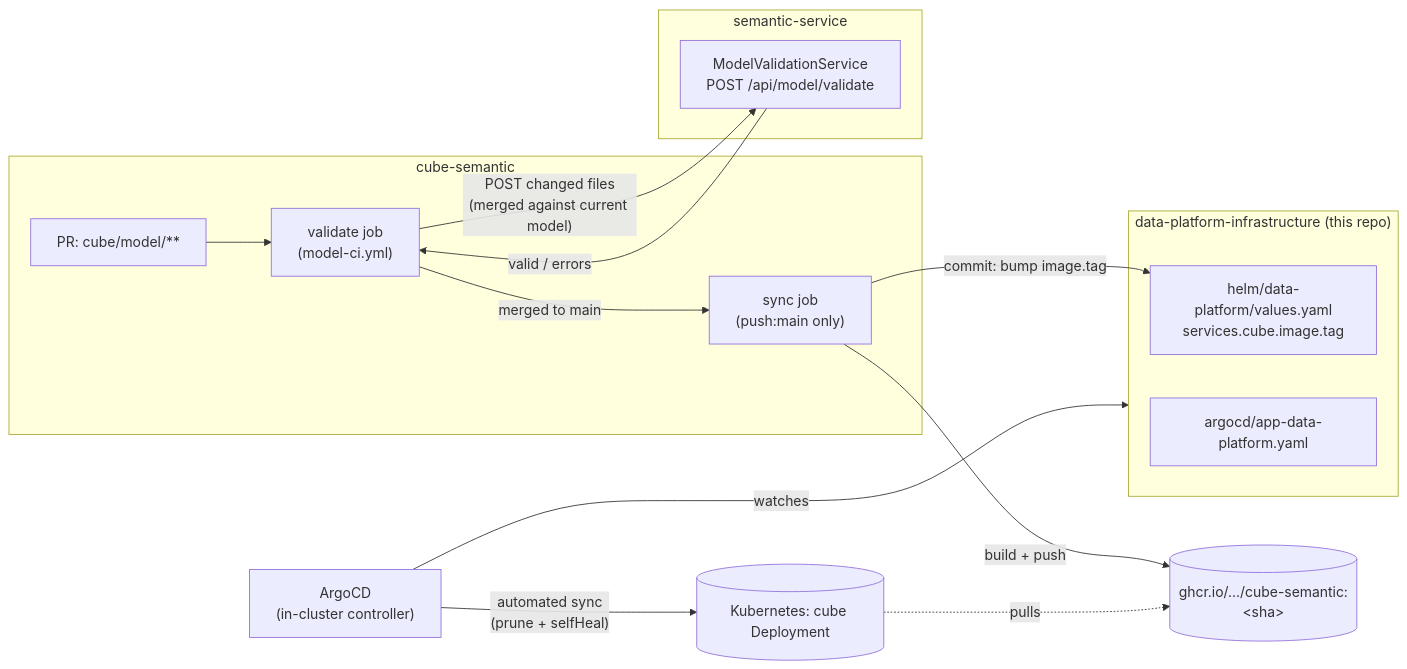
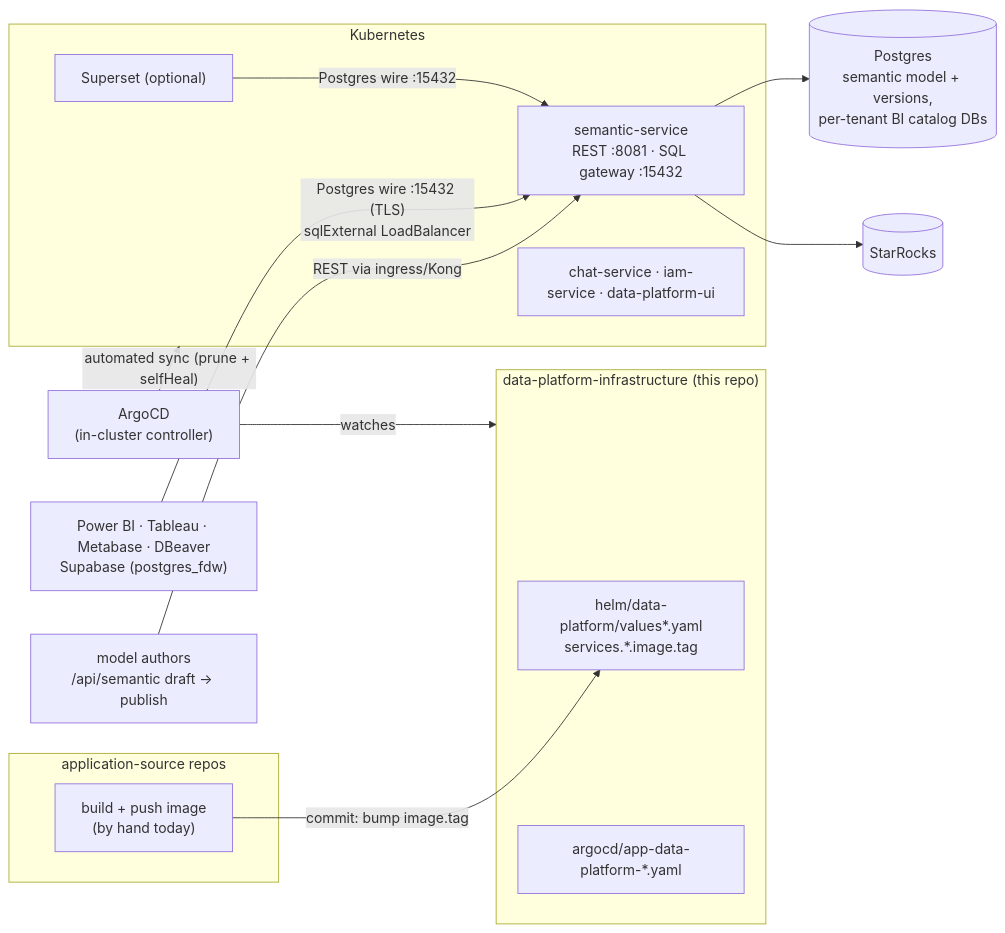
One commit to TuanPhanDuy/data-platform-infrastructure changed the diagram in docs/HLD.md. Above: the diagram before and after it, drawn with Mermaid. The commit also changed other lines of this file and 17 other files, not shown here.

First line of the commit message:
Gateway: X-Idp-Sub hand-off, per-service routes, IAM_INTERNAL_TOKEN and iam NetworkPolicy

````diff
--- a/docs/HLD.md
+++ b/docs/HLD.md
@@ -34,32 +35,33 @@
 ```mermaid
 flowchart LR
-  subgraph CSD["cube-semantic"]
-    PR["PR: cube/model/**"]
-    VALIDATE["validate job<br/>(model-ci.yml)"]
-    SYNC["sync job<br/>(push:main only)"]
-    PR --> VALIDATE
-    VALIDATE -->|merged to main| SYNC
+  subgraph APPS["application-source repos"]
+    IMG["build + push image<br/>(by hand today)"]
   end
 
-  subgraph SEM["semantic-service"]
-    MVS["ModelValidationService<br/>POST /api/model/validate"]
-  end
-
-  GHCR[("ghcr.io/.../cube-semantic:&lt;sha&gt;")]
-
   subgraph INFRA["data-platform-infrastructure (this repo)"]
-    VALUES["helm/data-platform/values.yaml<br/>services.cube.image.tag"]
-    ARGOAPP["argocd/app-data-platform.yaml"]
+    VALUES["helm/data-platform/values*.yaml<br/>services.*.image.tag"]
+    ARGOAPP["argocd/app-data-platform-*.yaml"]
   end
 
   ARGOCD["ArgoCD<br/>(in-cluster controller)"]
-  K8S[("Kubernetes: cube Deployment")]
 
-  VALIDATE -- "POST changed files\n(merged against current model)" --> MVS
-  MVS -- "valid / errors" --> VALIDATE
-  SYNC -- "build + push" --> GHCR
-  SYNC -- "commit: bump image.tag" --> VALUES
+  subgraph K8S["Kubernetes"]
+    SEM["semantic-service<br/>REST :8081 · SQL gateway :15432"]
+    OTHERS["chat-service · iam-service · data-platform-ui"]
+    SUP["Superset (optional)"]
+  end
+
+  PG[("Postgres<br/>semantic model + versions,<br/>per-tenant BI catalog DBs")]
+  SR[("StarRocks")]
+  BI["Power BI · Tableau · Metabase · DBeaver<br/>Supabase (postgres_fdw)"]
+  ADMIN["model authors<br/>/api/semantic draft → publish"]
+
+  IMG -- "commit: bump image.tag" --> VALUES
   ARGOCD -- "watches" --> INFRA
-  ARGOCD -- "automated sync\n(prune + selfHeal)" --> K8S
-  K8S -. "pulls" .-> GHCR
+  ARGOCD -- "automated sync (prune + selfHeal)" --> K8S
+  ADMIN -- "REST via ingress/Kong" --> SEM
+  SUP -- "Postgres wire :15432" --> SEM
+  BI -- "Postgres wire :15432 (TLS)<br/>sqlExternal LoadBalancer" --> SEM
+  SEM --> PG
+  SEM --> SR
 ```
````
